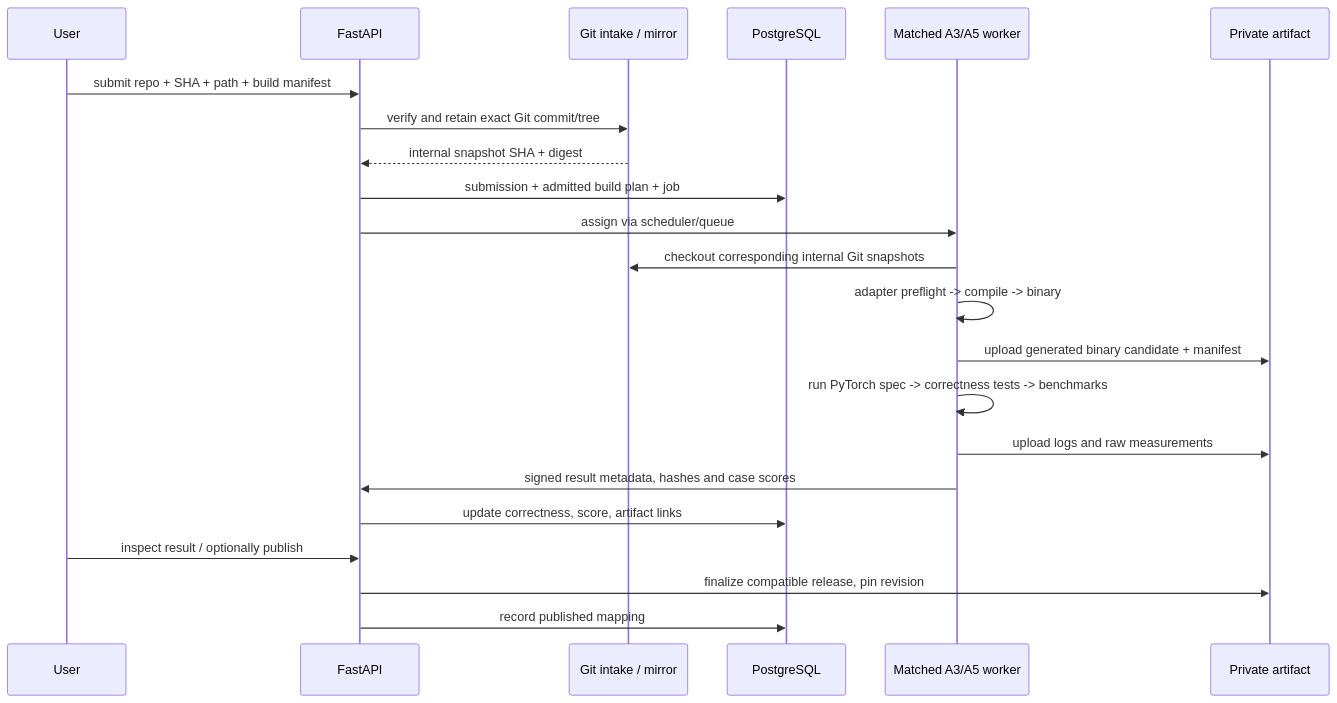
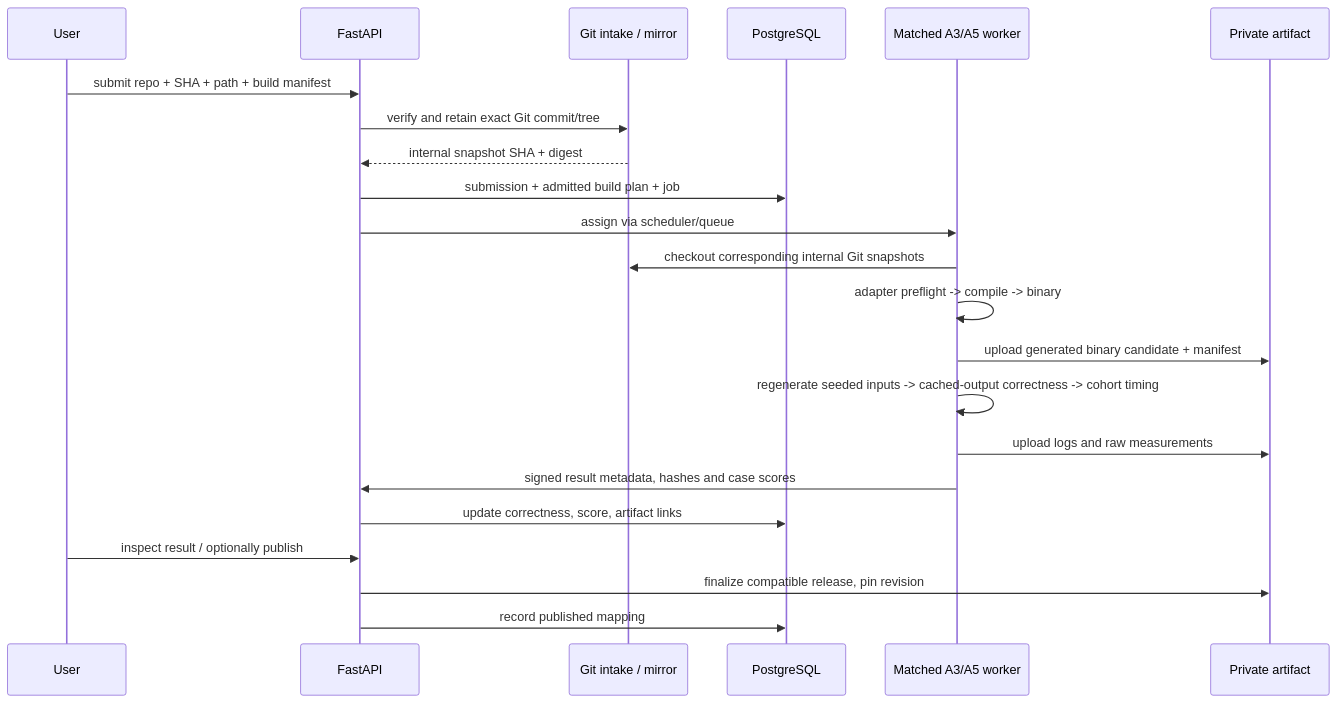
The second of 2 diagrams in docs/architecture.md (huawei-cpl-zurich/cannery), drawn with Mermaid before and after one commit. The commit also changed other lines of this file and 3 other files, not shown here.

Commit message:
docs: align architecture summaries with private M5 evaluation

````diff
--- a/docs/architecture.md
+++ b/docs/architecture.md
@@ -98,24 +99,24 @@
 ```mermaid
 sequenceDiagram
   participant C as User
   participant A as FastAPI
   participant G as Git intake / mirror
   participant P as PostgreSQL
   participant W as Matched A3/A5 worker
   participant H as Private artifact
   C->>A: submit repo + SHA + path + build manifest
   A->>G: verify and retain exact Git commit/tree
   G-->>A: internal snapshot SHA + digest
   A->>P: submission + admitted build plan + job
   A->>W: assign via scheduler/queue
   W->>G: checkout corresponding internal Git snapshots
   W->>W: adapter preflight -> compile -> binary
   W->>H: upload generated binary candidate + manifest
-  W->>W: run PyTorch spec -> correctness tests -> benchmarks
+  W->>W: regenerate seeded inputs -> cached-output correctness -> cohort timing
   W->>H: upload logs and raw measurements
   W->>A: signed result metadata, hashes and case scores
   A->>P: update correctness, score, artifact links
   C->>A: inspect result / optionally publish
   A->>H: finalize compatible release, pin revision
   A->>P: record published mapping
 ```
````
